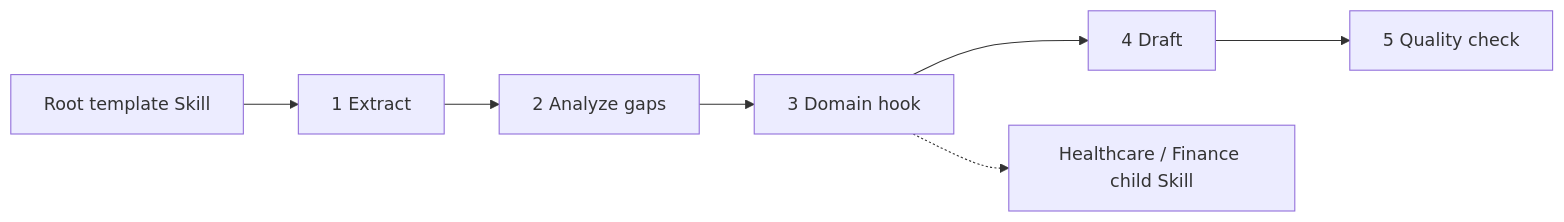
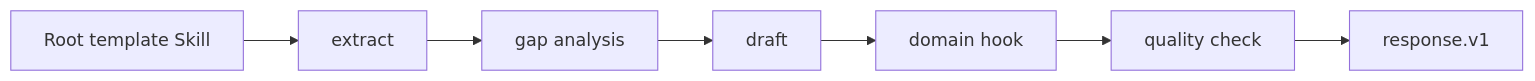
Before and after one commit to MetaInFLow/skillware-patterns: the diagram in patterns/template-method/README.md, drawn with Mermaid. The commit also changed other lines of this file and 12 other files, not shown here.

````diff
--- a/patterns/template-method/README.md
+++ b/patterns/template-method/README.md
@@ -31,9 +17,9 @@
 ```mermaid
 flowchart LR
-    R[Root template Skill] --> A[1 Extract]
-    A --> B[2 Analyze gaps]
-    B --> H[3 Domain hook]
-    H --> D[4 Draft]
-    D --> Q[5 Quality check]
-    H -.-> S[Healthcare / Finance child Skill]
+    R[Root template Skill] --> E[extract]
+    E --> G[gap analysis]
+    G --> D[draft]
+    D --> H[domain hook]
+    H --> Q[quality check]
+    Q --> O[response.v1]
 ```
````
